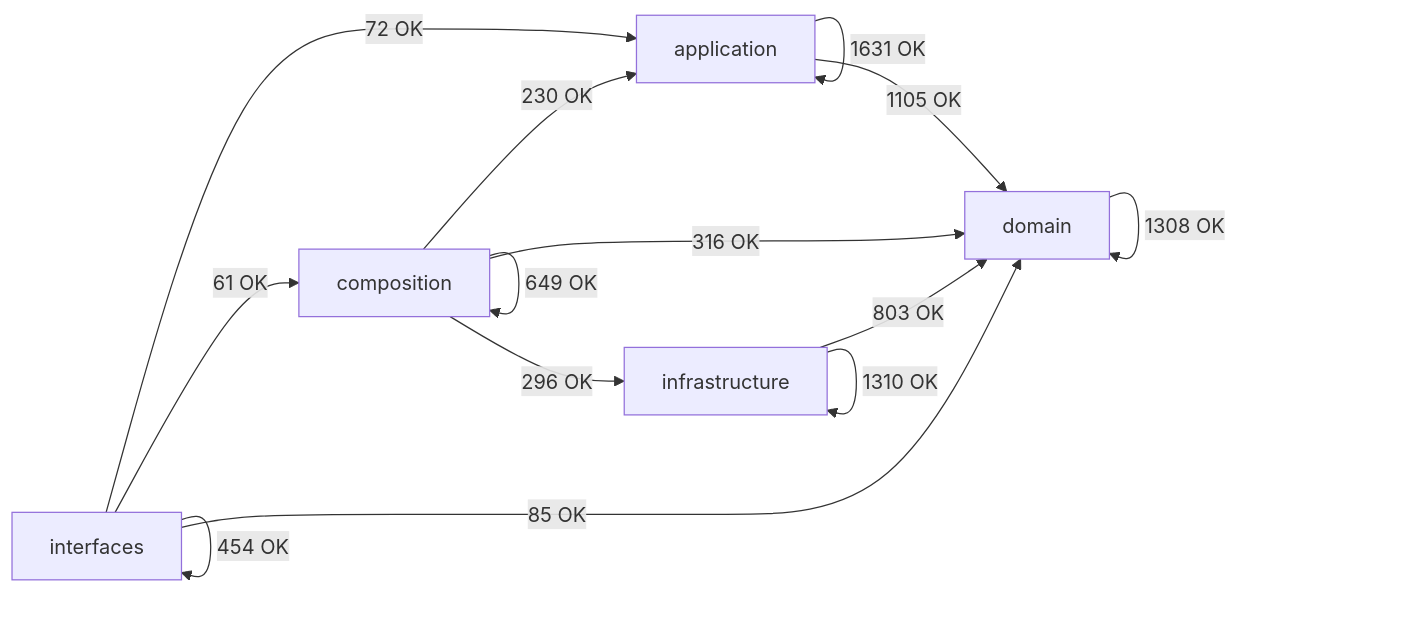
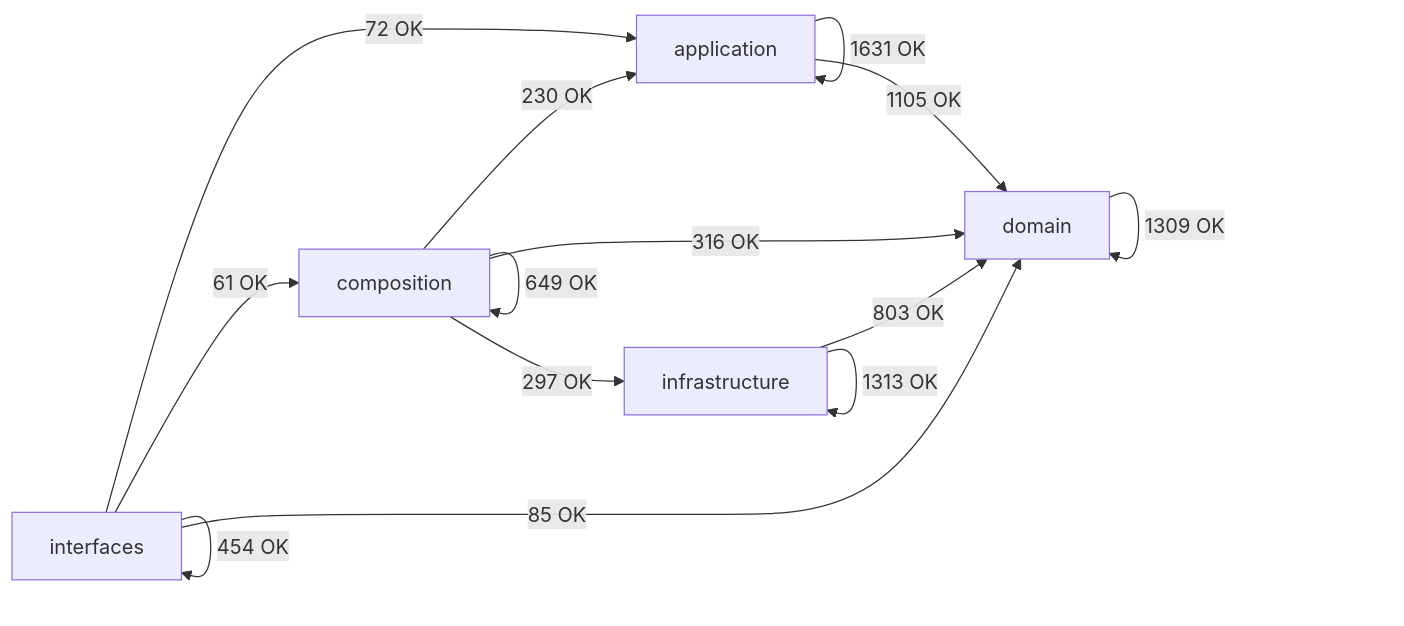
One commit to SatoryKono/BioactivityDataAcquisition changed the diagram in docs/02-architecture/generated/module-dependency-map.md. Above: the diagram before and after it, drawn with Mermaid. The commit also changed other lines of this file and 25 other files, not shown here.

````diff
--- a/docs/02-architecture/generated/module-dependency-map.md
+++ b/docs/02-architecture/generated/module-dependency-map.md
@@ -17,21 +17,21 @@
 ```mermaid
 flowchart LR
     domain[domain]
     application[application]
     infrastructure[infrastructure]
     composition[composition]
     interfaces[interfaces]
     application -->|1631 OK| application
     application -->|1105 OK| domain
     composition -->|230 OK| application
     composition -->|649 OK| composition
     composition -->|316 OK| domain
-    composition -->|296 OK| infrastructure
-    domain -->|1308 OK| domain
+    composition -->|297 OK| infrastructure
+    domain -->|1309 OK| domain
     infrastructure -->|803 OK| domain
-    infrastructure -->|1310 OK| infrastructure
+    infrastructure -->|1313 OK| infrastructure
     interfaces -->|72 OK| application
     interfaces -->|61 OK| composition
     interfaces -->|85 OK| domain
     interfaces -->|454 OK| interfaces
 ```
````
